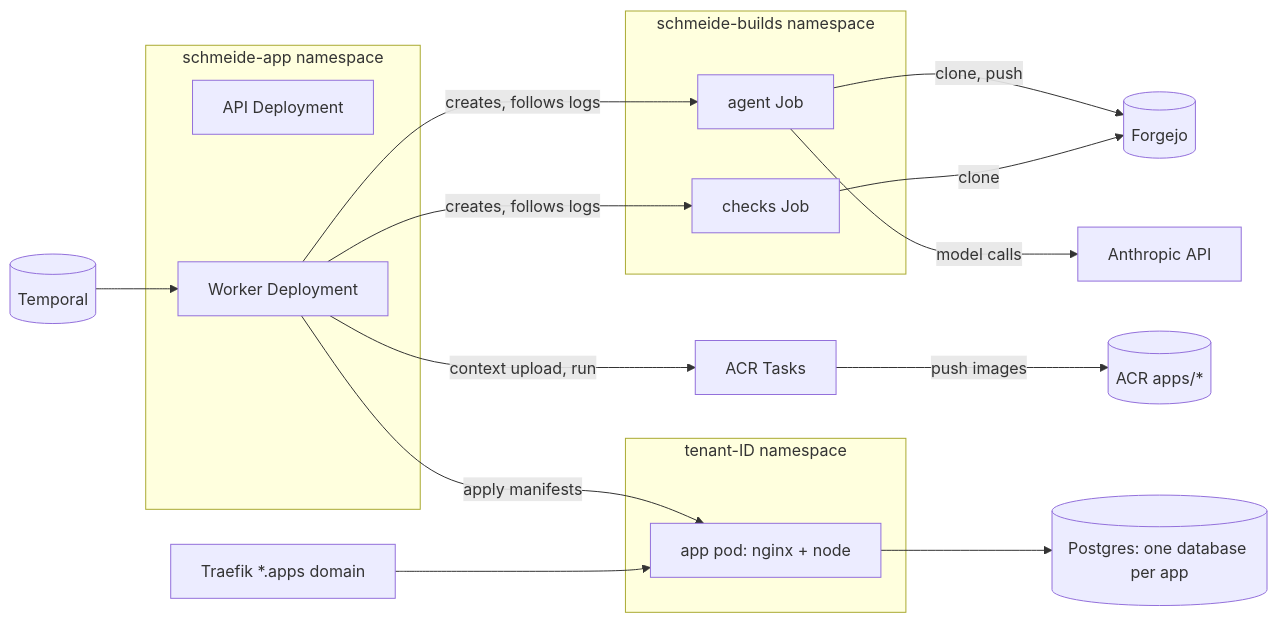
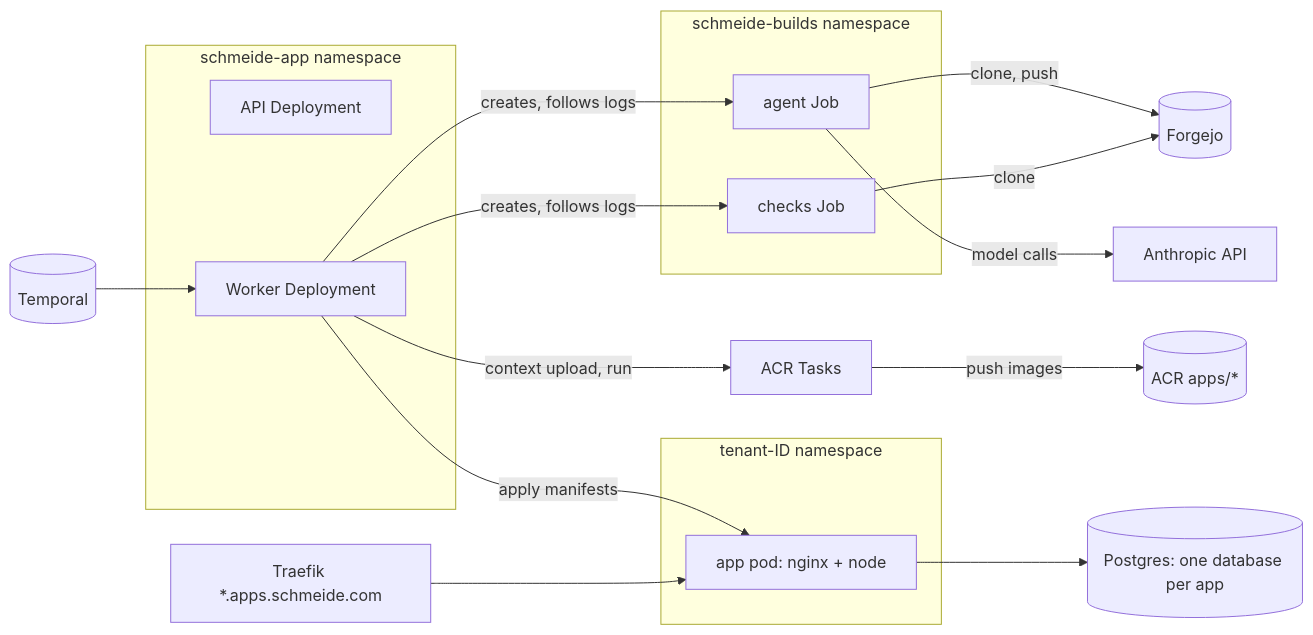
One commit to schmeide/schmeide.app changed the first of 2 diagrams in docs/stage2.md. Above: the diagram before and after it, drawn with Mermaid. The commit also changed other lines of this file, not shown here.

First line of the commit message:
docs(165): record apps.schmeide.com as the apps domain for now (#191)

````diff
--- a/docs/stage2.md
+++ b/docs/stage2.md
@@ -60,25 +61,25 @@
 ```mermaid
 flowchart LR
   subgraph app[schmeide-app namespace]
     API[API Deployment]
     W[Worker Deployment]
   end
   subgraph builds[schmeide-builds namespace]
     AJ[agent Job]
     CJ[checks Job]
   end
   subgraph tenant[tenant-ID namespace]
     APP[app pod: nginx + node]
   end
   T[(Temporal)] --> W
   W -- creates, follows logs --> AJ
   W -- creates, follows logs --> CJ
   AJ -- clone, push --> F[(Forgejo)]
   CJ -- clone --> F
   AJ -- model calls --> A[Anthropic API]
   W -- context upload, run --> ACR[ACR Tasks]
   ACR -- push images --> R[(ACR apps/*)]
   W -- apply manifests --> APP
   APP --> PG[(Postgres: one database per app)]
-  TR[Traefik *.apps domain] --> APP
+  TR[Traefik *.apps.schmeide.com] --> APP
 ```
````
